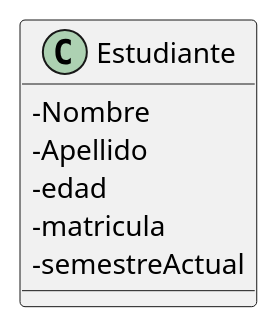
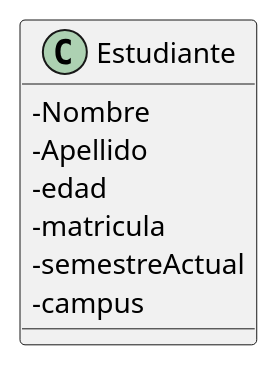
One commit to facund015/codeRelatedObsidianNotes changed the second of 2 diagrams in Reto/Diagramas.md. Above: the diagram before and after it, drawn with PlantUML.

Commit message:
vault backup: 2021-10-12 11:57:59

````diff
--- a/Reto/Diagramas.md
+++ b/Reto/Diagramas.md
@@ -41,13 +41,14 @@
 ```plantuml
 @startuml
 skinparam classAttributeIconSize 0
 class Estudiante {
  -Nombre
  -Apellido
  -edad
  -matricula
  -semestreActual
+ -campus
 }
 
 @enduml
 ```
````
